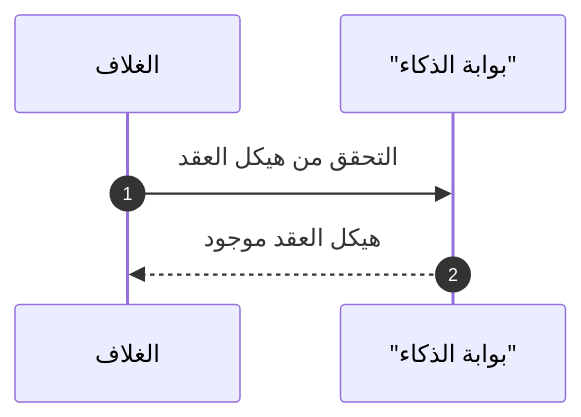
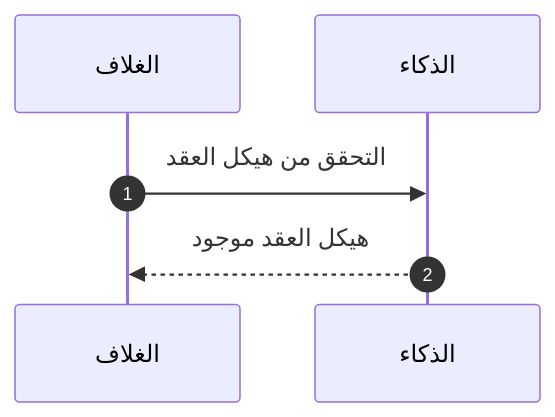
Before and after one commit to Bassam-mohammed-alqaeadi/family-os-v2: the ninth of 26 diagrams in docs/family-os/governance/phases/phase-1/S1-01-app-shell-and-platform/DIAGRAMS.md, drawn with Mermaid. The commit also changed other lines of this file, not shown here.

````diff
--- a/docs/family-os/governance/phases/phase-1/S1-01-app-shell-and-platform/DIAGRAMS.md
+++ b/docs/family-os/governance/phases/phase-1/S1-01-app-shell-and-platform/DIAGRAMS.md
@@ -387,8 +402,9 @@
 ```mermaid
+%%{init: {"sequence": {"wrap": true}}}%%
 sequenceDiagram
     autonumber
     participant Shell as الغلاف
-    participant AIGateway as "بوابة الذكاء"
-    Shell->>AIGateway: التحقق من هيكل العقد
-    AIGateway-->>Shell: هيكل العقد موجود
+    participant AI as الذكاء
+    Shell->>AI: التحقق من هيكل العقد
+    AI-->>Shell: هيكل العقد موجود
 ```
````
